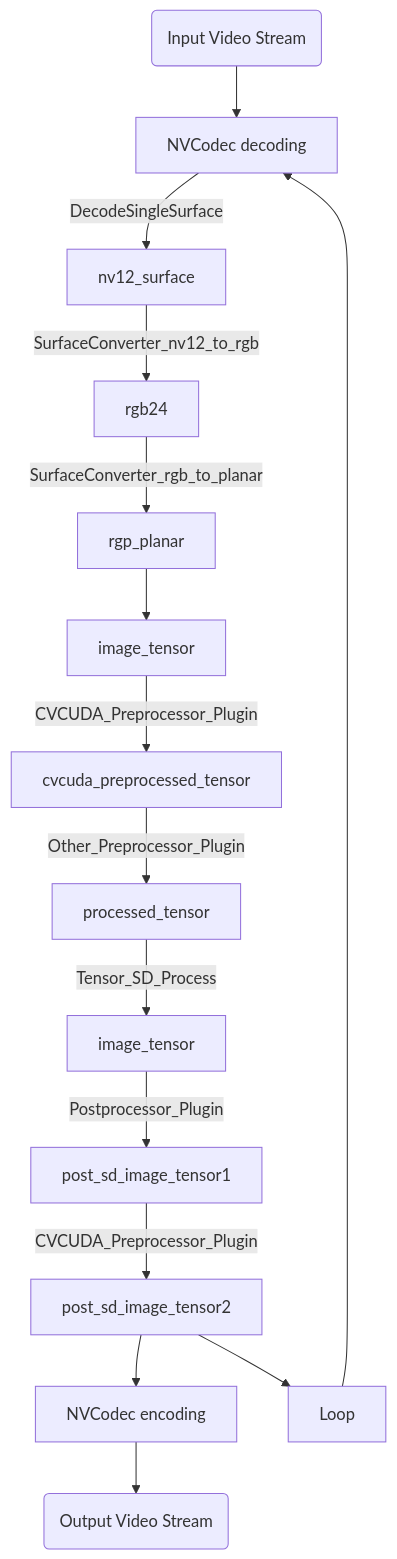
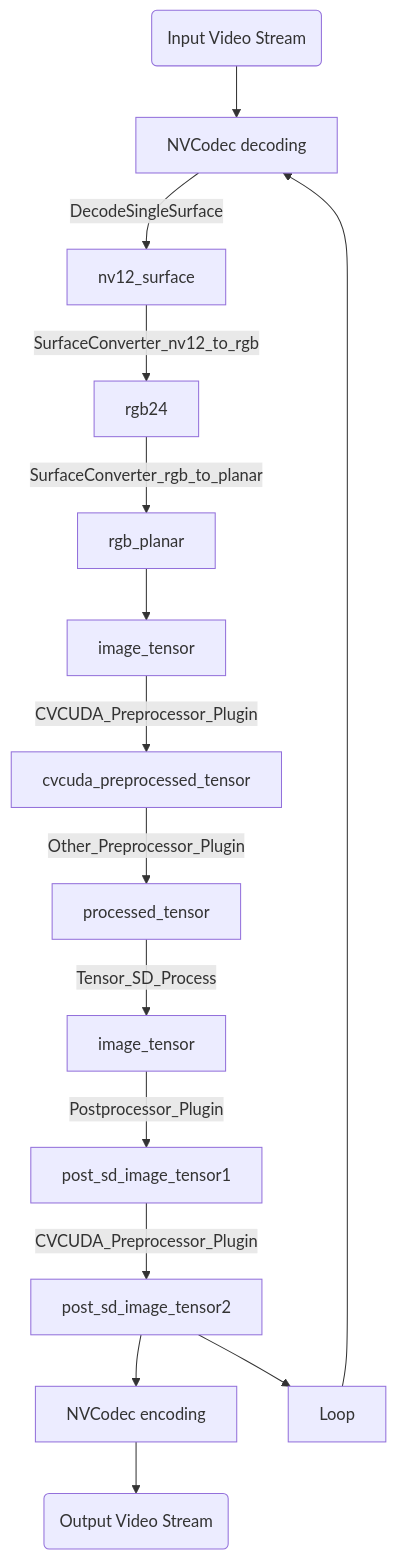
The diagram in Diffusion/Text2Video/VideoInference.md (searobbersduck/AIGC_Note), drawn with Mermaid before and after one commit.

````diff
--- a/Diffusion/Text2Video/VideoInference.md
+++ b/Diffusion/Text2Video/VideoInference.md
@@ -1,19 +1,19 @@
 ```mermaid
 graph TB
     A(Input Video Stream) --> B[NVCodec decoding]
 
     B[NVCodec decoding] --DecodeSingleSurface--> C[nv12_surface]
     C[nv12_surface] --SurfaceConverter_nv12_to_rgb--> D[rgb24]
     D[rgb24] --SurfaceConverter_rgb_to_planar--> E[rgb_planar]
-    E[rgp_planar] --> F[image_tensor]
+    E[rgb_planar] --> F[image_tensor]
     F[image_tensor] --CVCUDA_Preprocessor_Plugin--> G[cvcuda_preprocessed_tensor]
     G[cvcuda_preprocessed_tensor] --Other_Preprocessor_Plugin--> H[processed_tensor]
     H[processed_tensor] --Tensor_SD_Process--> I[sd_image_tensor]
     I[image_tensor] --Postprocessor_Plugin--> J[post_sd_image_tensor1]
     J[post_sd_image_tensor1] --CVCUDA_Preprocessor_Plugin--> K[post_sd_image_tensor2]
 
     K[post_sd_image_tensor2] --> L[NVCodec encoding] --> N(Output Video Stream)
 
     K[post_sd_image_tensor2] --> M[Loop] --> B[NVCodec decoding]
 
 ```
````
